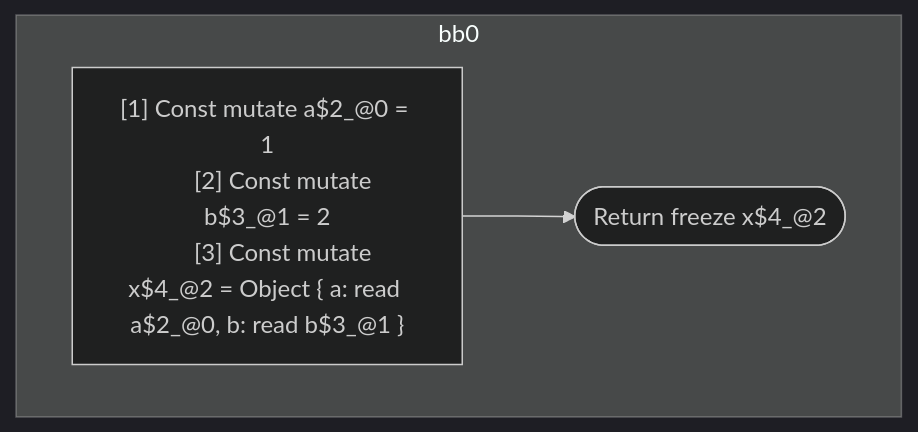
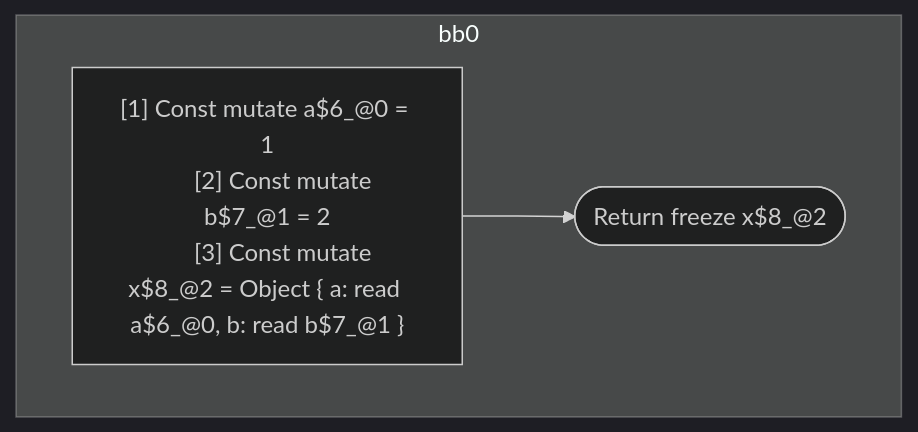
The diagram in compiler/forget/src/__tests__/fixtures/hir/ssa-objectexpression.expect.md (wutsmog/private), drawn with Mermaid (dark theme) before and after one commit. The commit also changed other lines of this file and 59 other files, not shown here.

````diff
--- a/compiler/forget/src/__tests__/fixtures/hir/ssa-objectexpression.expect.md
+++ b/compiler/forget/src/__tests__/fixtures/hir/ssa-objectexpression.expect.md
@@ -26,15 +26,15 @@
 ```mermaid
 flowchart TB
   %% Basic Blocks
   subgraph bb0
     bb0_instrs["
-      [1] Const mutate a$2_@0 = 1
-      [2] Const mutate b$3_@1 = 2
-      [3] Const mutate x$4_@2 = Object { a: read a$2_@0, b: read b$3_@1 }
+      [1] Const mutate a$6_@0 = 1
+      [2] Const mutate b$7_@1 = 2
+      [3] Const mutate x$8_@2 = Object { a: read a$6_@0, b: read b$7_@1 }
     "]
-    bb0_instrs --> bb0_terminal(["Return freeze x$4_@2"])
+    bb0_instrs --> bb0_terminal(["Return freeze x$8_@2"])
   end
 
   %% Jumps
   %% empty
 ```
````
